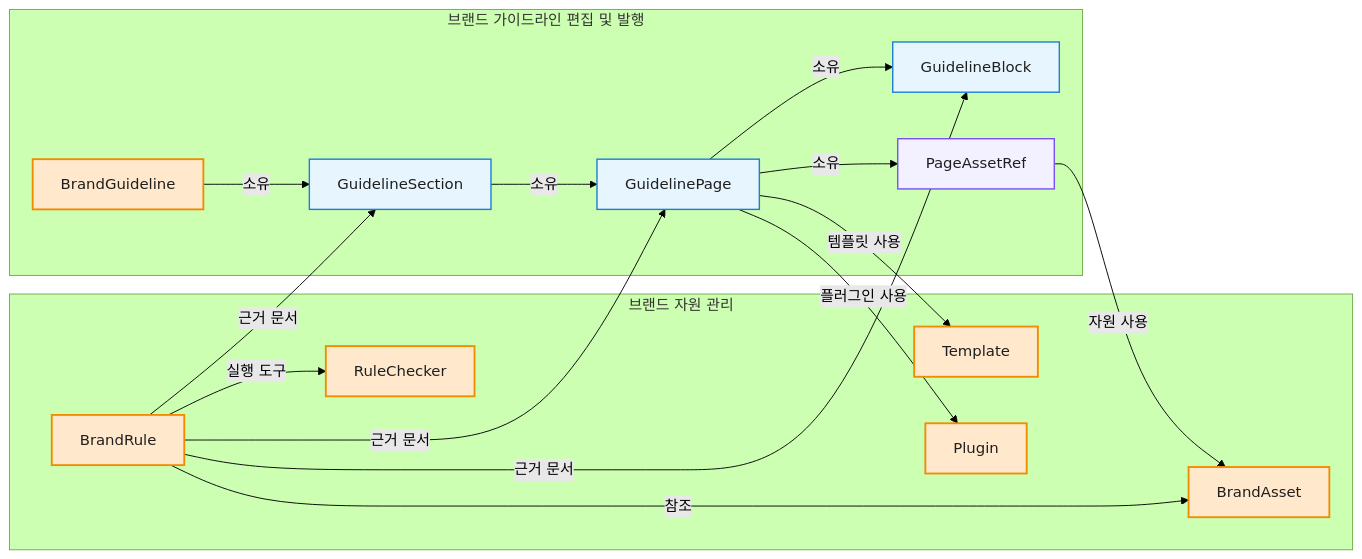
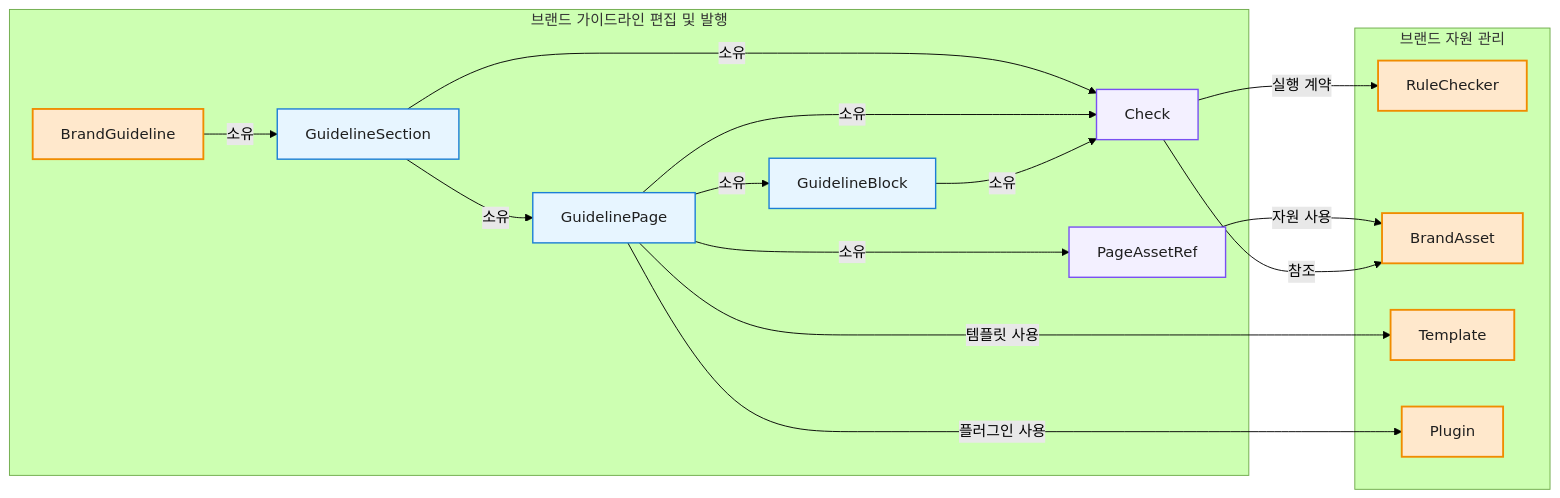
One commit to ewoooo/living-brand-system changed the third of 5 diagrams in docs/04-domain-model.md. Above: the diagram before and after it, drawn with Mermaid (forest theme). The commit also changed other lines of this file and 100 other files, not shown here.

````diff
--- a/docs/04-domain-model.md
+++ b/docs/04-domain-model.md
@@ -259,39 +255,39 @@
 ```mermaid
 flowchart LR
   subgraph Edit["브랜드 가이드라인 편집 및 발행"]
     BrandGuideline["BrandGuideline"]
     Section["GuidelineSection"]
     Page["GuidelinePage"]
     Block["GuidelineBlock"]
+    Check["Check"]
     PageAssetRefNode["PageAssetRef"]
   end
 
   subgraph Resource["브랜드 자원 관리"]
     RuleChecker["RuleChecker"]
-    BrandRule["BrandRule"]
     BrandAsset["BrandAsset"]
     Template["Template"]
     Plugin["Plugin"]
   end
 
   BrandGuideline -->|"소유"| Section
   Section -->|"소유"| Page
   Page -->|"소유"| Block
-  BrandRule -->|"근거 문서"| Section
-  BrandRule -->|"근거 문서"| Page
-  BrandRule -->|"근거 문서"| Block
-  BrandRule -->|"실행 도구"| RuleChecker
+  Section -->|"소유"| Check
+  Page -->|"소유"| Check
+  Block -->|"소유"| Check
+  Check -->|"실행 계약"| RuleChecker
   Page -->|"소유"| PageAssetRefNode
   PageAssetRefNode -->|"자원 사용"| BrandAsset
   Page -->|"템플릿 사용"| Template
   Page -->|"플러그인 사용"| Plugin
-  BrandRule -->|"참조"| BrandAsset
+  Check -->|"참조"| BrandAsset
 
   classDef aggregate fill:#FFE8CC,stroke:#F08C00,stroke-width:2px,color:#1F1F1F;
   classDef entity fill:#E7F5FF,stroke:#1C7ED6,stroke-width:1.5px,color:#1F1F1F;
   classDef childEntity fill:#F3F0FF,stroke:#7950F2,stroke-width:1.5px,color:#1F1F1F;
 
-  class BrandGuideline,RuleChecker,BrandRule,BrandAsset,Template,Plugin aggregate;
+  class BrandGuideline,RuleChecker,BrandAsset,Template,Plugin aggregate;
   class Section,Page,Block entity;
-  class PageAssetRefNode childEntity;
+  class Check,PageAssetRefNode childEntity;
 ```
````
